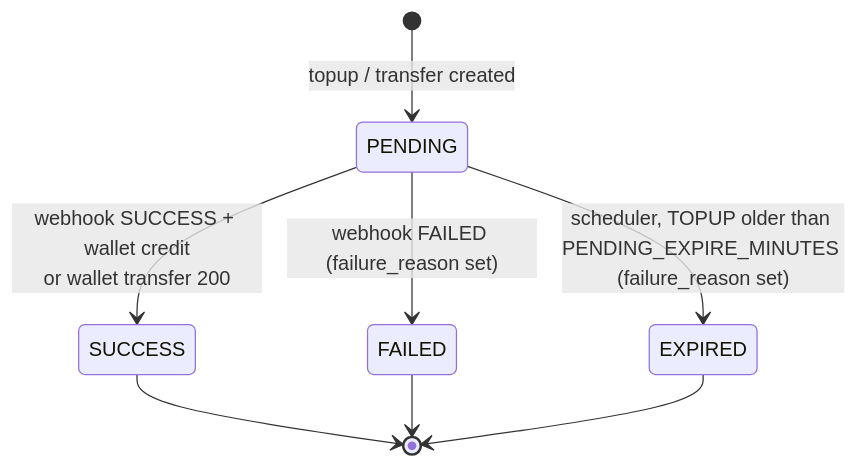
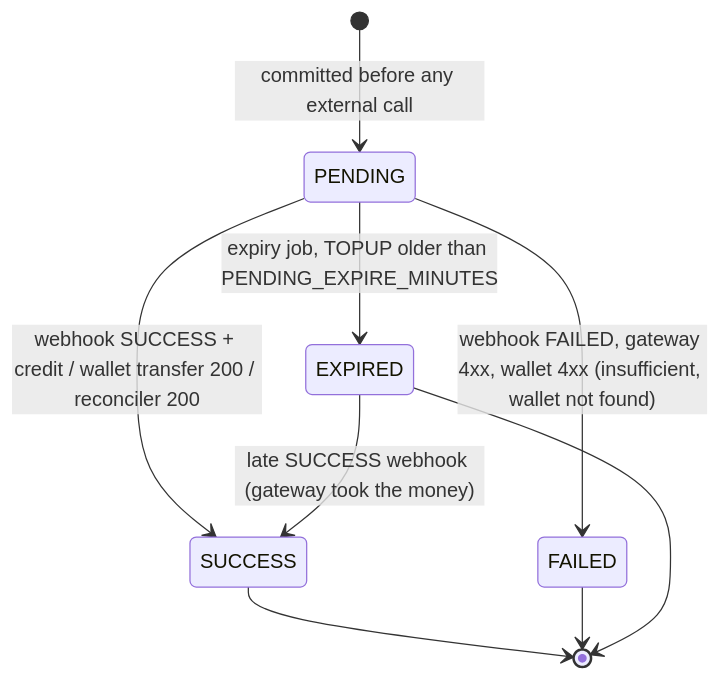
Before and after one commit to lukmnh/monorepo-wallet: the second of 2 diagrams in database.md, drawn with Mermaid. The commit also changed other lines of this file and 71 other files, not shown here.

Commit message:
fix : harden payment flows, auth security and service reliability

````diff
--- a/database.md
+++ b/database.md
@@ -268,10 +271,11 @@
 ```mermaid
 stateDiagram-v2
-    [*] --> PENDING : topup / transfer created
-    PENDING --> SUCCESS : webhook SUCCESS + wallet credit<br/>or wallet transfer 200
-    PENDING --> FAILED : webhook FAILED (failure_reason set)
-    PENDING --> EXPIRED : scheduler, TOPUP older than PENDING_EXPIRE_MINUTES (failure_reason set)
+    [*] --> PENDING : committed before any external call
+    PENDING --> SUCCESS : webhook SUCCESS + credit / wallet transfer 200 / reconciler 200
+    PENDING --> FAILED : webhook FAILED, gateway 4xx, wallet 4xx (insufficient, wallet not found)
+    PENDING --> EXPIRED : expiry job, TOPUP older than PENDING_EXPIRE_MINUTES
+    EXPIRED --> SUCCESS : late SUCCESS webhook (gateway took the money)
     SUCCESS --> [*]
     FAILED --> [*]
     EXPIRED --> [*]
 ```
````
